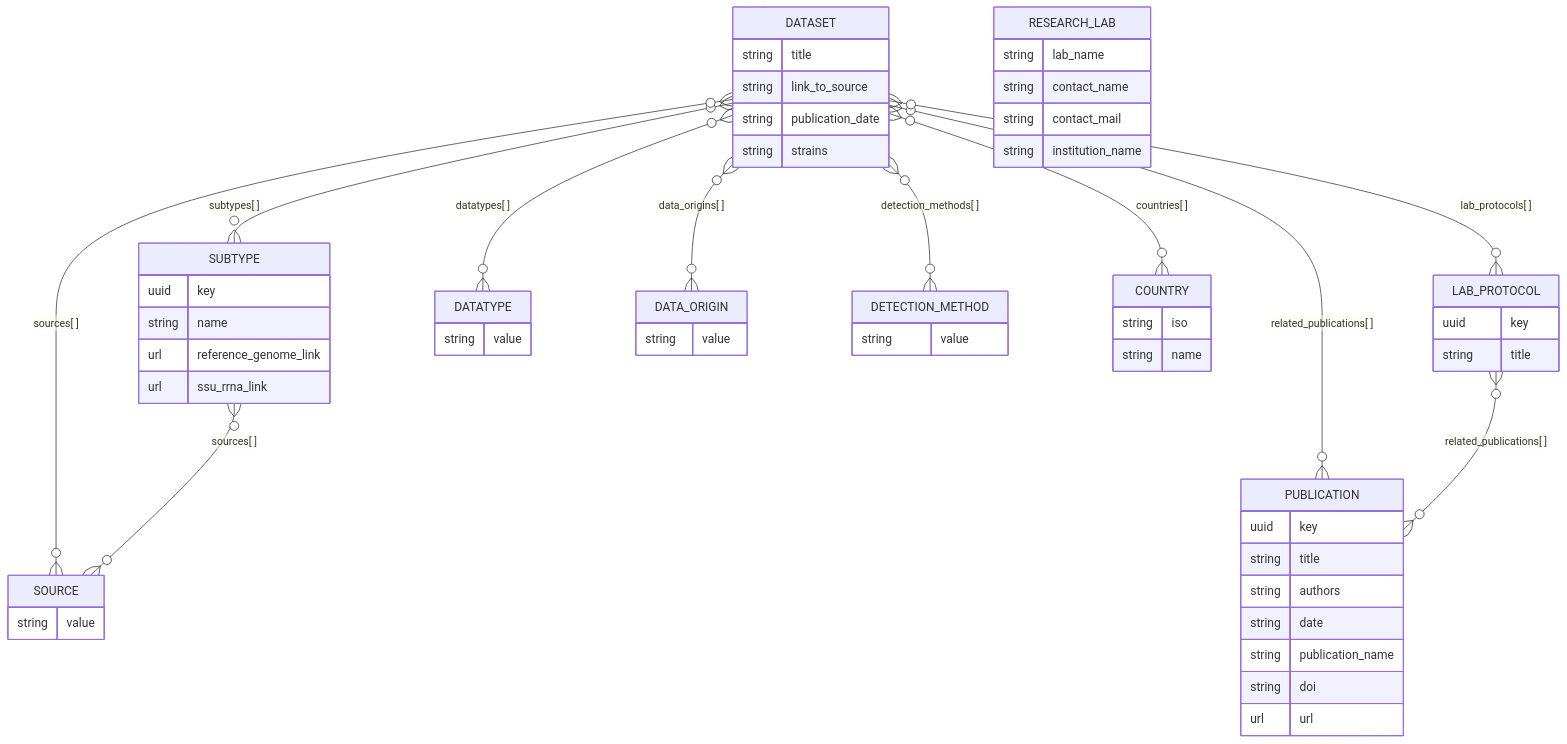
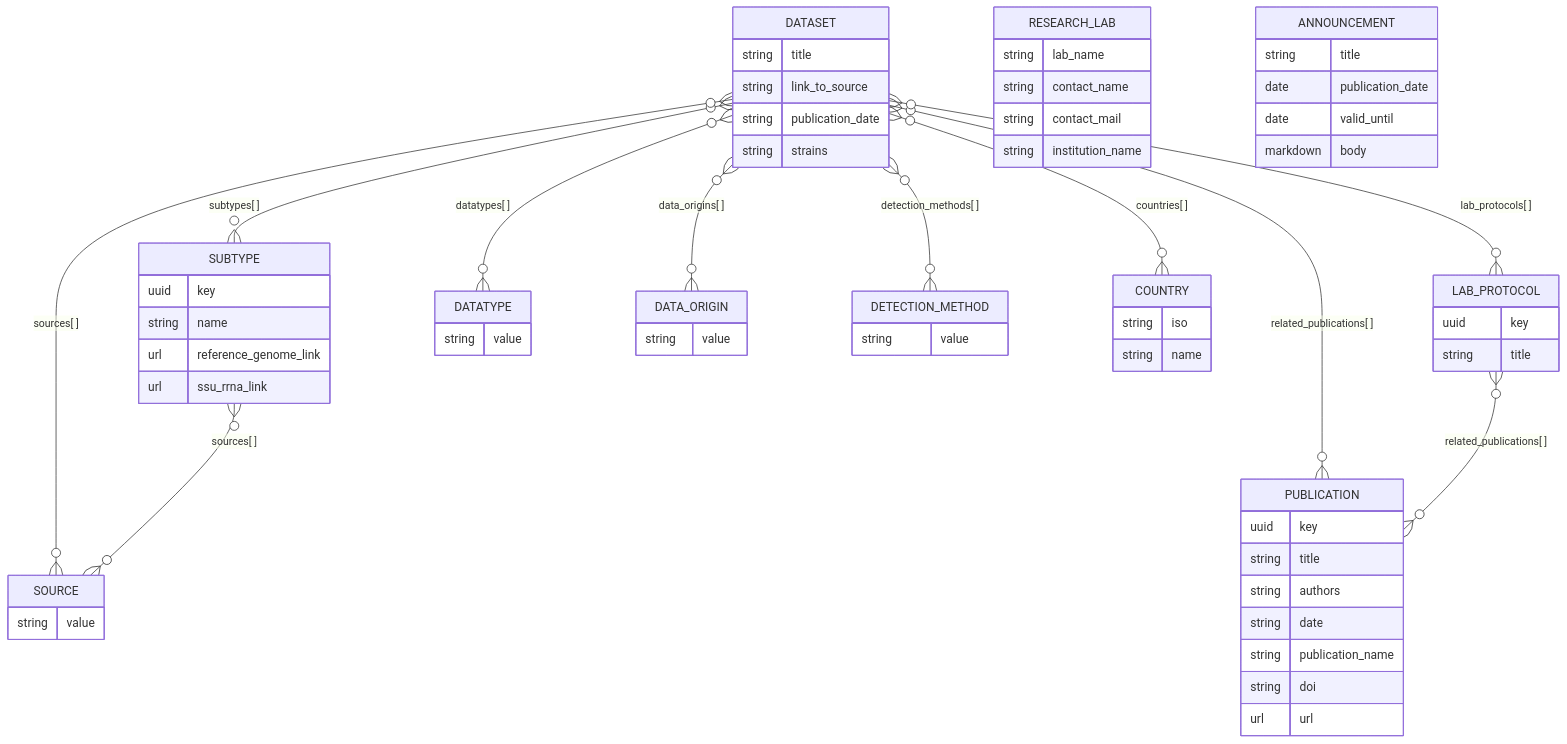
Before and after one commit to Tsaousis-Lab/blastodb: the diagram in content/documentation/technical/datastructure/index.md, drawn with Mermaid. The commit also changed other lines of this file and 14 other files, not shown here.

```diff
--- a/content/documentation/technical/datastructure/index.md
+++ b/content/documentation/technical/datastructure/index.md
@@ -17,61 +18,67 @@
 <pre class="mermaid">
 erDiagram
     DATASET }o--o{ SUBTYPE : "subtypes[ ]"
     DATASET }o--o{ PUBLICATION : "related_publications[ ]"
     DATASET }o--o{ LAB_PROTOCOL : "lab_protocols[ ]"
     LAB_PROTOCOL }o--o{ PUBLICATION : "related_publications[ ]"
     DATASET }o--o{ DATATYPE : "datatypes[ ]"
     DATASET }o--o{ SOURCE : "sources[ ]"
     DATASET }o--o{ DATA_ORIGIN : "data_origins[ ]"
     DATASET }o--o{ DETECTION_METHOD : "detection_methods[ ]"
     DATASET }o--o{ COUNTRY : "countries[ ]"
     SUBTYPE }o--o{ SOURCE : "sources[ ]"
 
     DATASET {
         string title
         string link_to_source
         string publication_date
         string strains
     }
     SUBTYPE {
         uuid key
         string name
         url reference_genome_link
         url ssu_rrna_link
     }
     PUBLICATION {
         uuid key
         string title
         string authors
         string date
         string publication_name
         string doi
         url url
     }
     LAB_PROTOCOL {
         uuid key
         string title
     }
     RESEARCH_LAB {
         string lab_name
         string contact_name
         string contact_mail
         string institution_name
     }
+    ANNOUNCEMENT {
+        string title
+        date publication_date
+        date valid_until
+        markdown body
+    }
     DATATYPE {
         string value
     }
     SOURCE {
         string value
     }
     DATA_ORIGIN {
         string value
     }
     DETECTION_METHOD {
         string value
     }
     COUNTRY {
         string iso
         string name
     }
 </pre>
```
